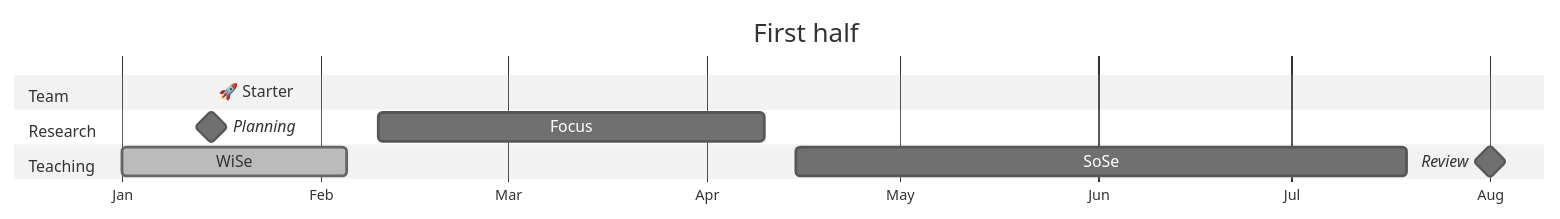
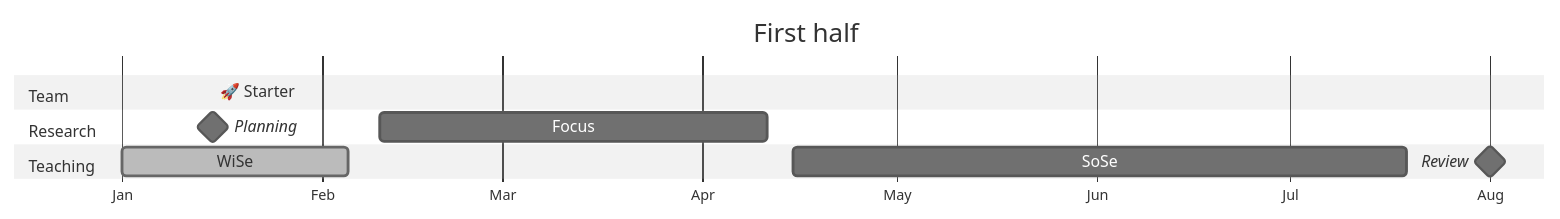
Before and after one commit to digital-work-lab/handbook: the first of 2 diagrams in docs/02.calendar.md, drawn with Mermaid (neutral theme). The commit also changed other lines of this file, not shown here.

````diff
--- a/docs/02.calendar.md
+++ b/docs/02.calendar.md
@@ -11,21 +11,21 @@
 ```mermaid
 ---
 displayMode: compact
 ---
 gantt
     title First half
     dateFormat  YYYY-MM-DD
     todayMarker stroke-width:5px,stroke:red,opacity:0.8
     axisFormat %b
 
     section Team
-    🚀 Starter :b1, 2024-01-15, milestone
+    🚀 Starter :b1, {{ site.time | date: "%Y" }}-01-15, milestone
 
     section Research
-    Planning :milestone, 2024-01-15, milestone
-    Focus           :a2, 2024-02-10, 60d
+    Planning :milestone, {{ site.time | date: "%Y" }}-01-15, milestone
+    Focus           :a2, {{ site.time | date: "%Y" }}-02-10, 60d
     section Teaching
-    WiSe           :done, 2024-01-01, 35d
-    SoSe           :a1, 2024-04-15, 95d
-    Review   :milestone, 2024-08-01, milestone
+    WiSe           :done, {{ site.time | date: "%Y" }}-01-01, 35d
+    SoSe           :a1, {{ site.time | date: "%Y" }}-04-15, 95d
+    Review   :milestone, {{ site.time | date: "%Y" }}-08-01, milestone
 ```
````
